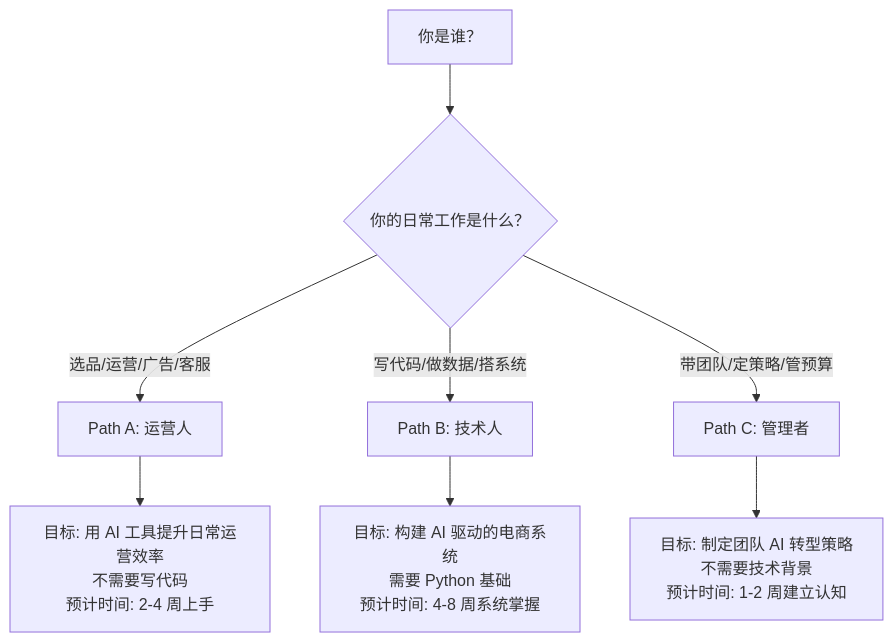
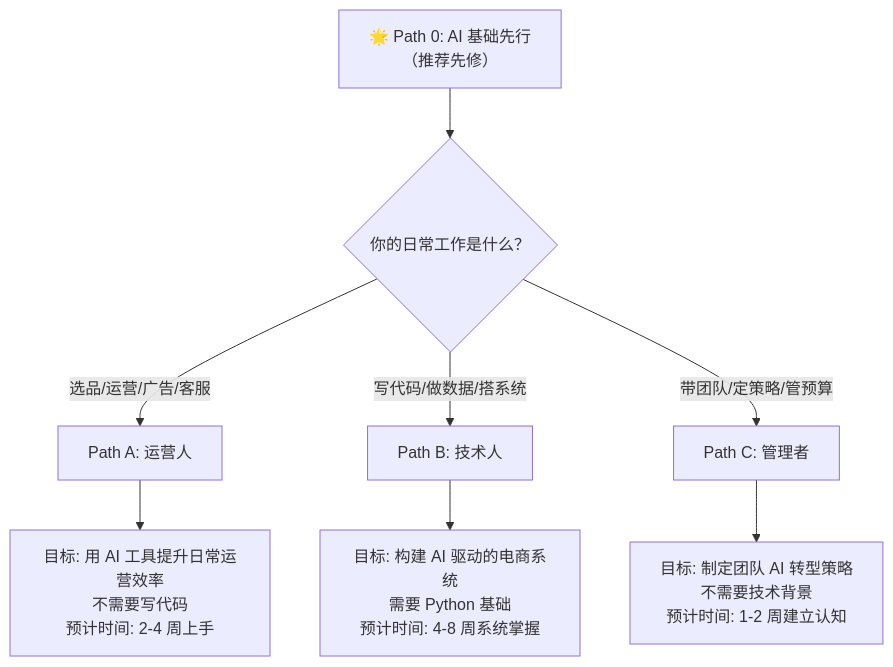
The first of 2 diagrams in README.md (kangise/CBEC-AI-Hub), drawn with Mermaid before and after one commit. The commit also changed other lines of this file and 6 other files, not shown here.

````diff
--- a/README.md
+++ b/README.md
@@ -154,12 +156,13 @@
 ```mermaid
 flowchart TD
-    START["你是谁？"] --> Q1{"你的日常工作是什么？"}
+    P0["🌟 Path 0: AI 基础先行<br/>（推荐先修）"] --> Q1
+    Q1{"你的日常工作是什么？"}
     
     Q1 -->|"选品/运营/广告/客服"| A["Path A: 运营人"]
     Q1 -->|"写代码/做数据/搭系统"| B["Path B: 技术人"]
     Q1 -->|"带团队/定策略/管预算"| C["Path C: 管理者"]
     
     A --> A_DESC["目标: 用 AI 工具提升日常运营效率\n不需要写代码\n预计时间: 2-4 周上手"]
     B --> B_DESC["目标: 构建 AI 驱动的电商系统\n需要 Python 基础\n预计时间: 4-8 周系统掌握"]
     C --> C_DESC["目标: 制定团队 AI 转型策略\n不需要技术背景\n预计时间: 1-2 周建立认知"]
 ```
````
